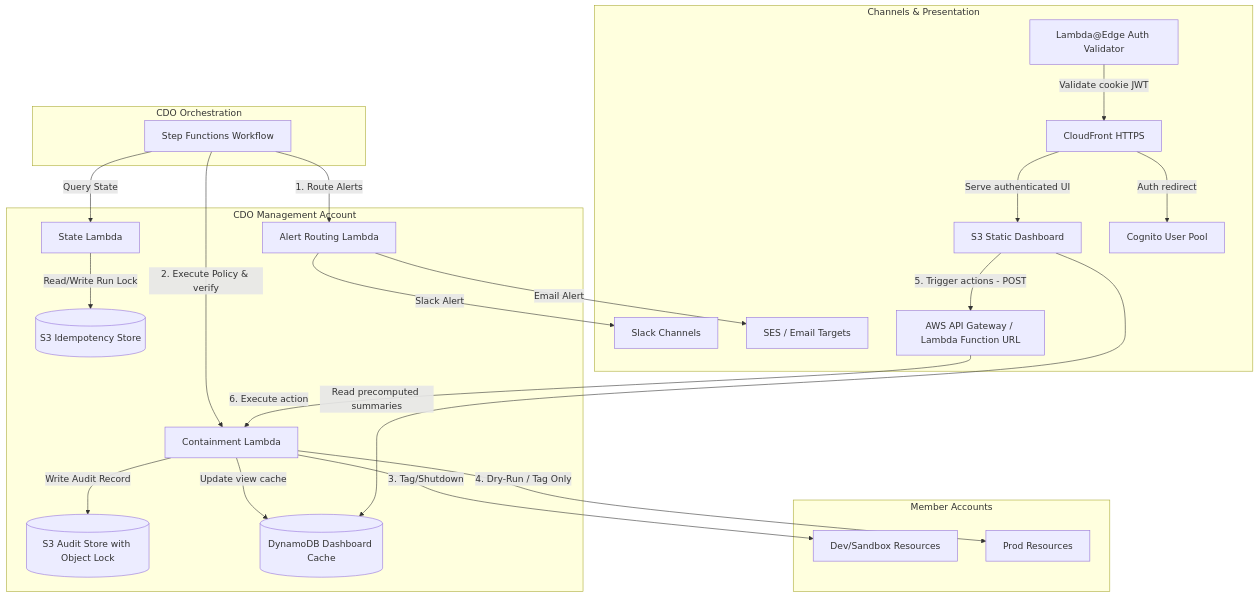
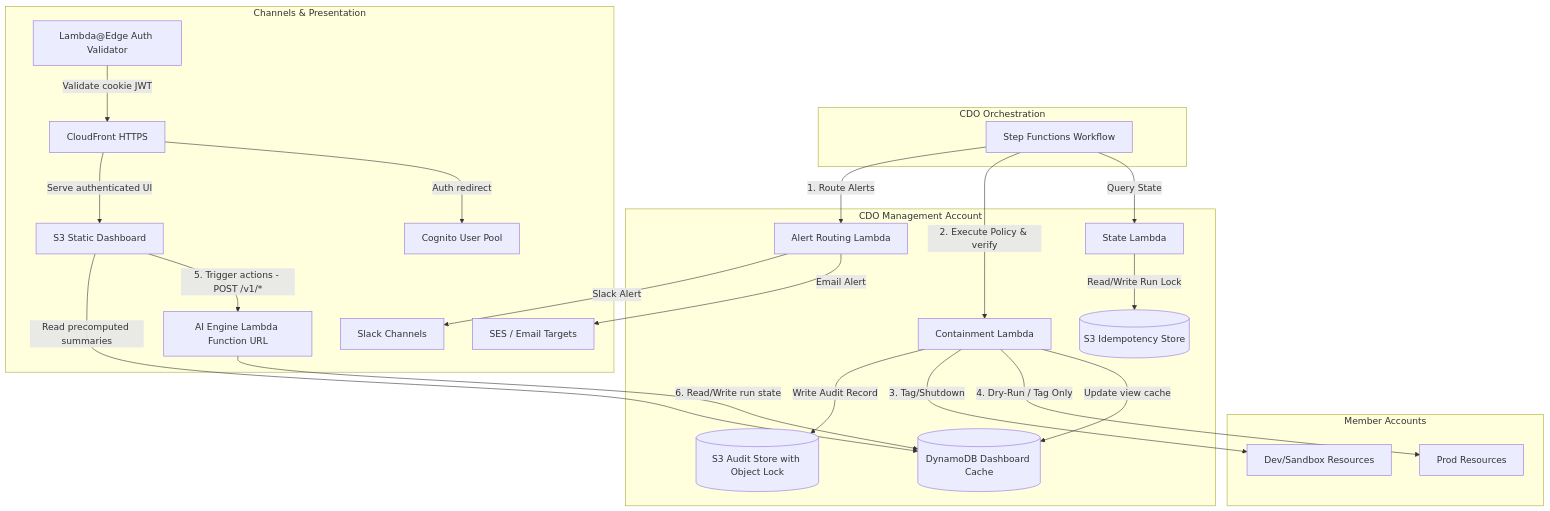
One commit to hungxqt/tf2-finops-docs changed the fifth of 6 diagrams in docs/tf2-finops/02_infra_design.md. Above: the diagram before and after it, drawn with Mermaid. The commit also changed other lines of this file and 17 other files, not shown here.

````diff
--- a/docs/tf2-finops/02_infra_design.md
+++ b/docs/tf2-finops/02_infra_design.md
@@ -219,36 +219,36 @@
 ```mermaid
 graph TB
     subgraph "CDO Orchestration"
         SF[Step Functions Workflow]
     end
 
     subgraph "Member Accounts"
         DevSand[Dev/Sandbox Resources]
         Prod[Prod Resources]
     end
 
     subgraph "CDO Management Account"
         SF -->|1. Route Alerts| AlertLambda[Alert Routing Lambda]
         SF -->|2. Execute Policy & verify| ContLambda[Containment Lambda]
         
         StateLambda[State Lambda] -->|Read/Write Run Lock| StateDB[(S3 Idempotency Store)]
         SF -->|Query State| StateLambda
         
         ContLambda -->|Write Audit Record| S3Audit[(S3 Audit Store with Object Lock)]
         ContLambda -->|3. Tag/Shutdown| DevSand
         ContLambda -->|4. Dry-Run / Tag Only| Prod
         
         ContLambda -->|Update view cache| CacheDB[(DynamoDB Dashboard Cache)]
     end
 
     subgraph "Channels & Presentation"
         AlertLambda -->|Slack Alert| Slack[Slack Channels]
         AlertLambda -->|Email Alert| SES[SES / Email Targets]
         CloudFront[CloudFront HTTPS] -->|Serve authenticated UI| S3Dashboard2[S3 Static Dashboard]
         S3Dashboard2 -->|Read precomputed summaries| CacheDB
-        S3Dashboard2 -->|5. Trigger actions - POST| APIGateway[AWS API Gateway / Lambda Function URL]
-        APIGateway -->|6. Execute action| ContLambda
+        S3Dashboard2 -->|5. Trigger actions - POST /v1/*| AILambdaUrl[AI Engine Lambda Function URL]
+        AILambdaUrl -->|6. Read/Write run state| CacheDB
         CloudFront -->|Auth redirect| Cognito[Cognito User Pool]
         LambdaEdge["Lambda@Edge Auth Validator"] -->|Validate cookie JWT| CloudFront
     end
 ```
````
